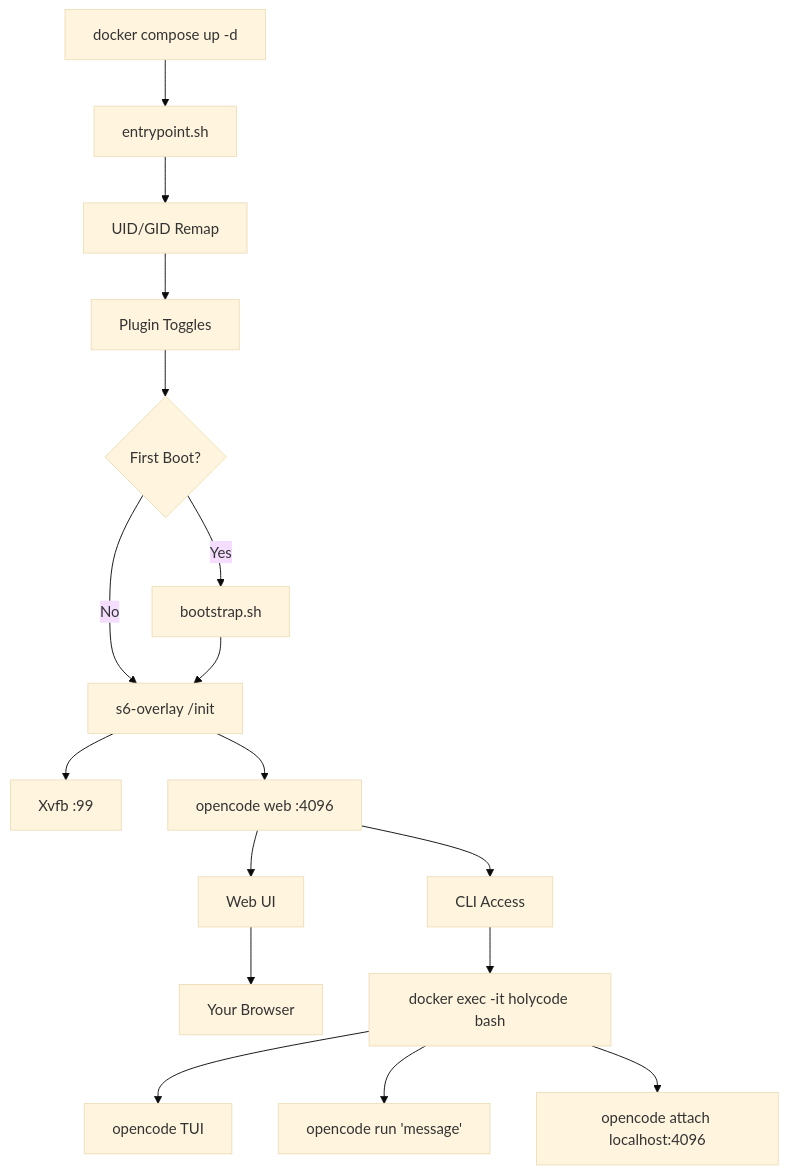
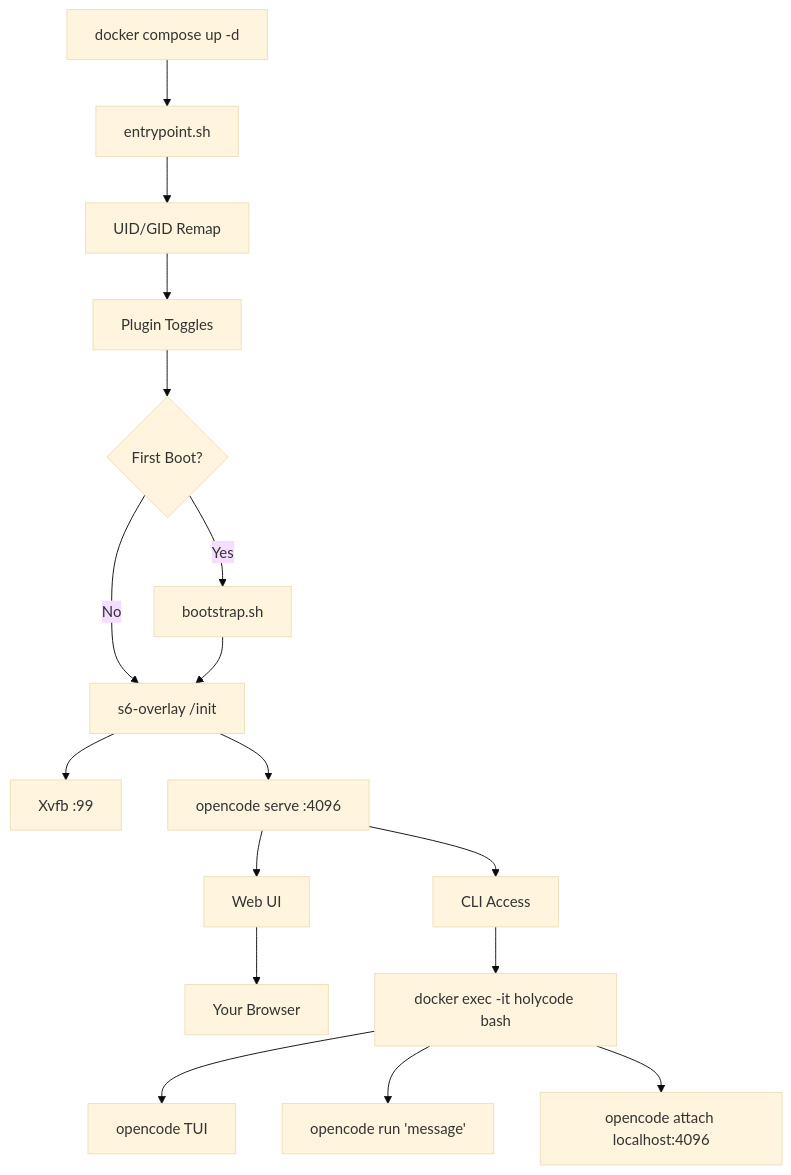
Before and after one commit to aussielunix/HolyCode: the diagram in docs/translations/README.de.md, drawn with Mermaid (base theme). The commit also changed other lines of this file and 14 other files, not shown here.

````diff
--- a/docs/translations/README.de.md
+++ b/docs/translations/README.de.md
@@ -534,19 +534,19 @@
 ```mermaid
 graph TD
     A[docker compose up -d] --> B[entrypoint.sh]
     B --> C[UID/GID Remap]
     C --> D[Plugin Toggles]
     D --> E{First Boot?}
     E -->|Yes| F[bootstrap.sh]
     E -->|No| G[s6-overlay /init]
     F --> G
     G --> H[Xvfb :99]
-    G --> I[opencode web :4096]
+    G --> I[opencode serve :4096]
     I --> J[Web UI]
     J --> K[Your Browser]
     I --> L[CLI Access]
     L --> M[docker exec -it holycode bash]
     M --> N[opencode TUI]
     M --> O[opencode run 'message']
     M --> P[opencode attach localhost:4096]
 ```
````
